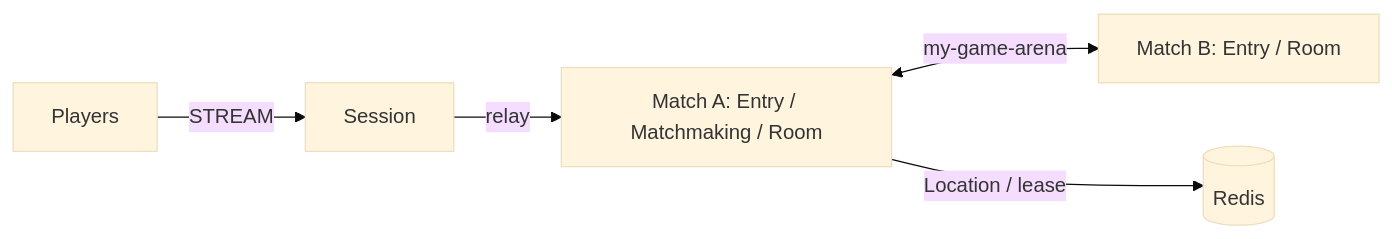
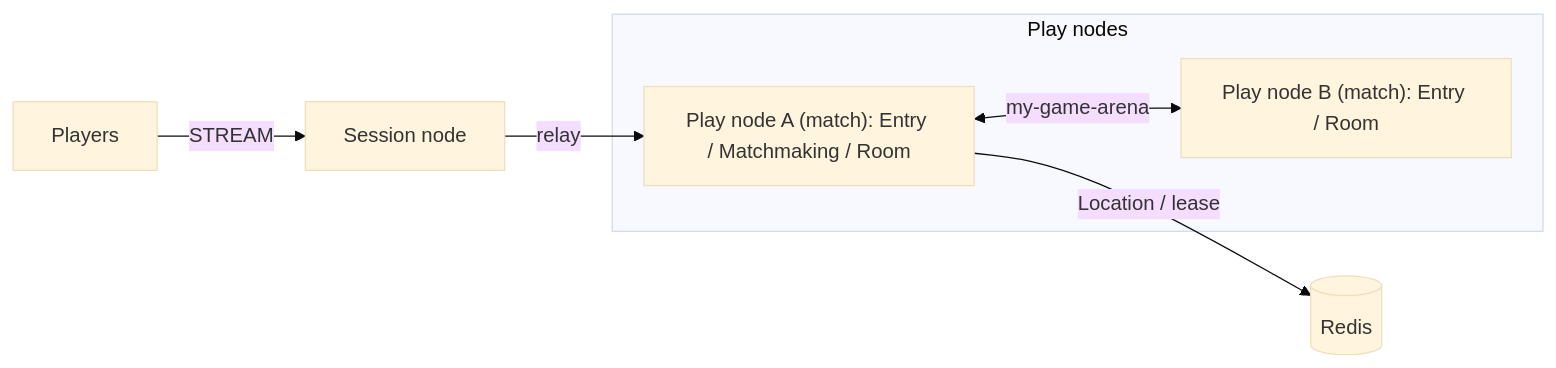
Before and after one commit to zlink-systems/zlink: the diagram in framework/languages/node/templates/fps-entry-lobby/my-game/README.md, drawn with Mermaid (base theme). The commit also changed other lines of this file and 223 other files, not shown here.

First line of the commit message:
docs(templates): 모든 템플릿의 노드 이름을 Session node · Play node · API node로 (#5350)

````diff
--- a/framework/languages/node/templates/fps-entry-lobby/my-game/README.md
+++ b/framework/languages/node/templates/fps-entry-lobby/my-game/README.md
@@ -5,7 +5,11 @@
 ```mermaid
 flowchart LR
-  players[Players] -->|STREAM| session[Session]
-  session -->|relay| matchA[Match A: Entry / Matchmaking / Room]
-  matchA <-->|my-game-arena| matchB[Match B: Entry / Room]
+  subgraph playNodes["Play nodes"]
+    matchA["Play node A (match): Entry / Matchmaking / Room"]
+    matchB["Play node B (match): Entry / Room"]
+  end
+  players[Players] -->|STREAM| session["Session node"]
+  session -->|relay| matchA
+  matchA <-->|my-game-arena| matchB
   matchA -->|Location / lease| location[(Redis)]
 ```
````
